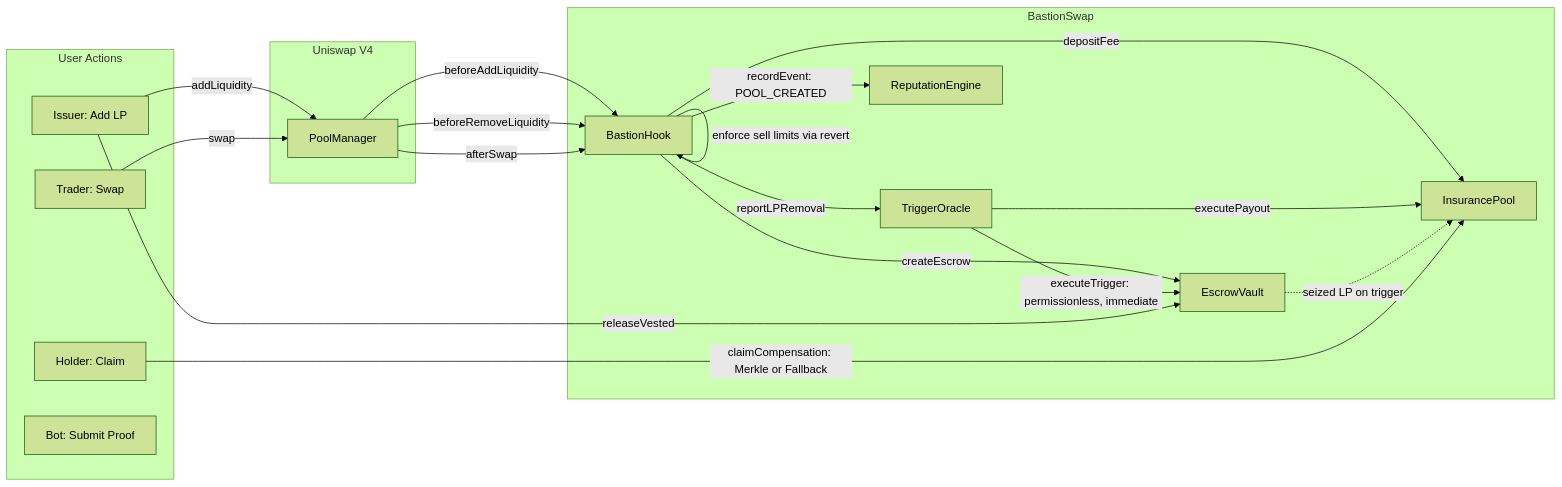
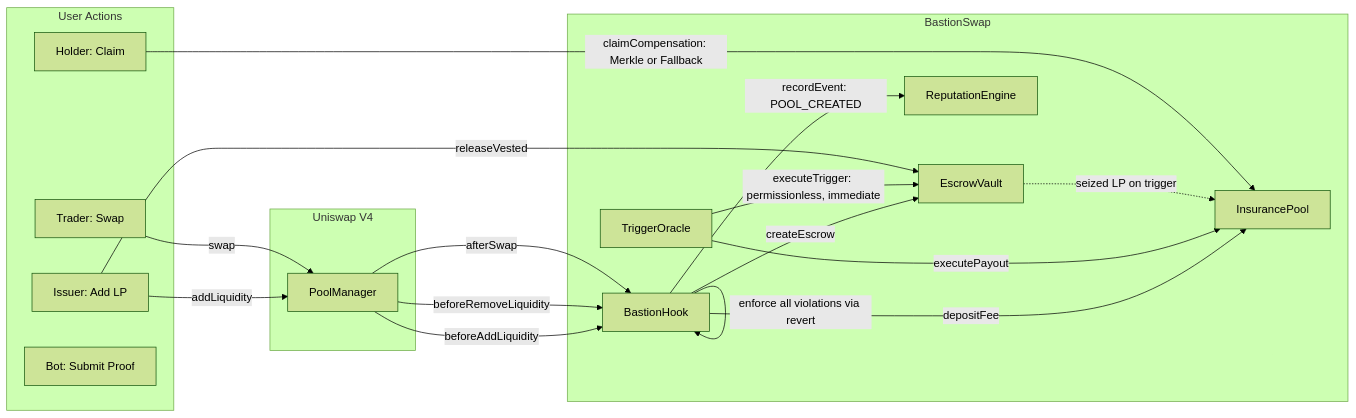
The first of 6 diagrams in docs/ARCHITECTURE.md (bastionswap/bastionswap), drawn with Mermaid (forest theme) before and after one commit. The commit also changed other lines of this file and 2 other files, not shown here.

First line of the commit message:
Update docs for v0.1 revert-only enforcement and parameter audit changes

````diff
--- a/docs/ARCHITECTURE.md
+++ b/docs/ARCHITECTURE.md
@@ -11,41 +11,40 @@
 ```mermaid
 graph LR
     subgraph "User Actions"
         IS[Issuer: Add LP]
         TR[Trader: Swap]
         CL[Holder: Claim]
         BOT[Bot: Submit Proof]
     end
 
     subgraph "Uniswap V4"
         PM[PoolManager]
     end
 
     subgraph "BastionSwap"
         BH[BastionHook]
         EV[EscrowVault]
         IP[InsurancePool]
         TO[TriggerOracle]
         RE[ReputationEngine]
     end
 
     IS -->|addLiquidity| PM
     TR -->|swap| PM
     PM -->|beforeAddLiquidity| BH
     PM -->|beforeRemoveLiquidity| BH
     PM -->|afterSwap| BH
 
     BH -->|createEscrow| EV
     BH -->|depositFee| IP
-    BH -->|reportLPRemoval| TO
-    BH -->|enforce sell limits via revert| BH
+    BH -->|enforce all violations via revert| BH
     BH -->|recordEvent: POOL_CREATED| RE
 
     TO -->|executeTrigger: permissionless, immediate| EV
     TO -->|executePayout| IP
 
     EV -.->|seized LP on trigger| IP
     CL -->|claimCompensation: Merkle or Fallback| IP
 
     IS -->|releaseVested| EV
 ```
````
